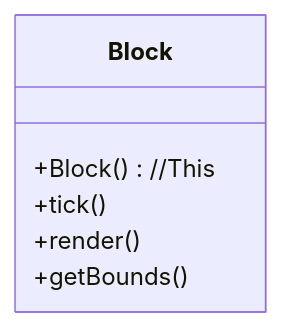
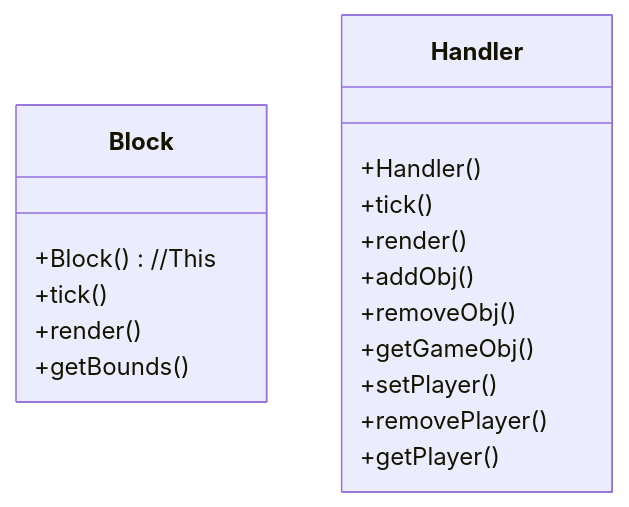
One commit to Seanachan/NCKU-PD2-Final_Project changed the third of 4 diagrams in README.md. Above: the diagram before and after it, drawn with Mermaid. The commit also changed 1 other file, not shown here.

Commit message:
add some comments to make sure every one can read the code

````diff
--- a/README.md
+++ b/README.md
@@ -75,11 +75,22 @@
 ```mermaid
 classDiagram
 class Block{
   +Block()//This
   +tick()
   +render()
   +getBounds()
 }
+class Handler{
+  +Handler()
+  +tick()
+  +render()
+  +addObj()
+  +removeObj()
+  +getGameObj()
+  +setPlayer()
+  +removePlayer()
+  +getPlayer()
+}
 
 
 ```
````
